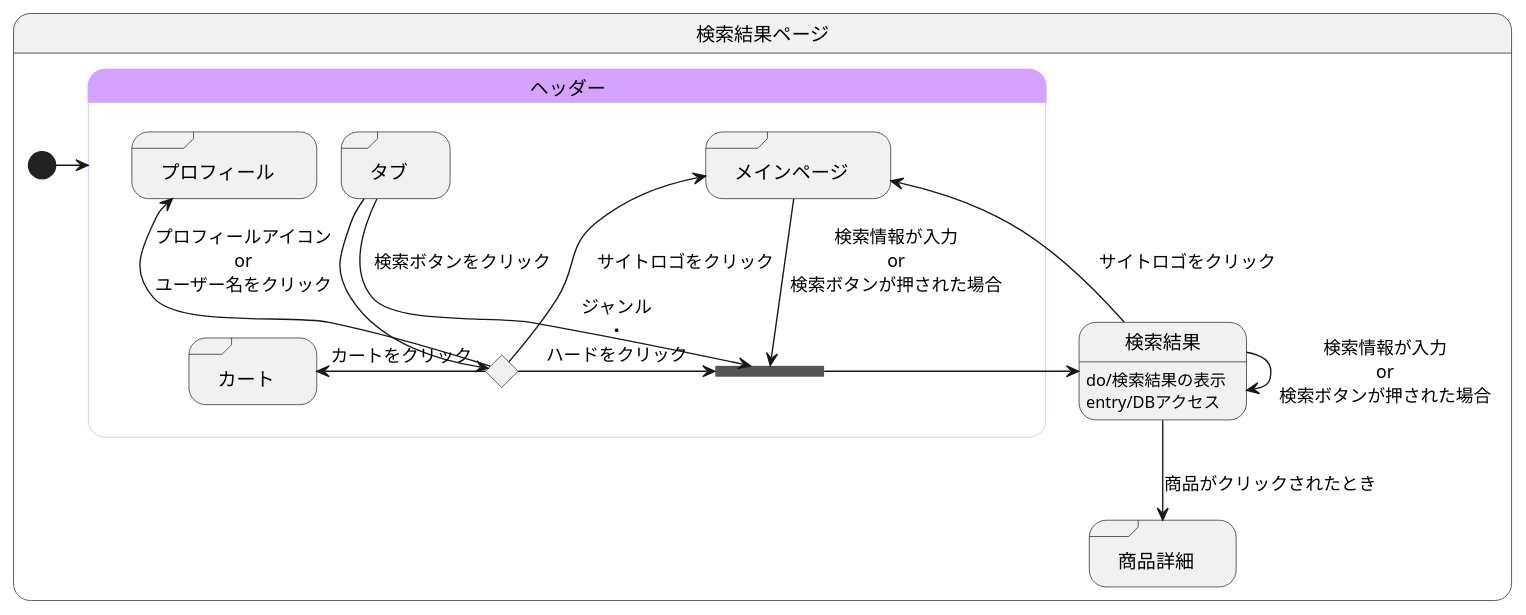
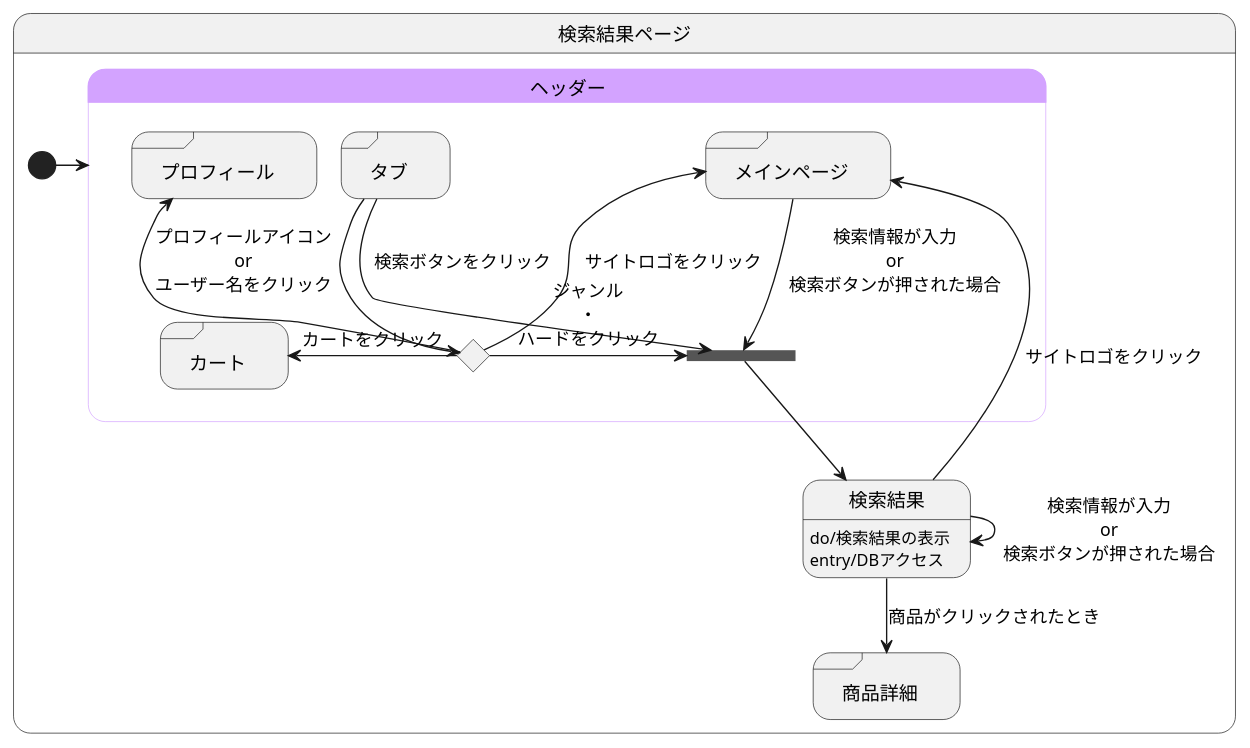
Before and after one commit to akutori/T-D-E: the diagram in 検索結果.md, drawn with PlantUML.

````diff
--- a/検索結果.md
+++ b/検索結果.md
@@ -1,45 +1,45 @@
 ```uml
 @startuml
 state 検索結果ページ{
 
 
     state 検索結果:do/検索結果の表示
     state 検索結果:entry/DBアクセス
     state "商品詳細" as goodsdetail <<sdlreceive>>
     
 
 
     [*] -> ヘッダー
     
     検索結果 --> goodsdetail :商品がクリックされたとき
     検索結果 --> 検索結果 :検索情報が入力\nor\n検索ボタンが押された場合
     
 
     state ヘッダー<<headder>>{
         state join_header <<join>>
         state ifinput <<choice>>
         state "タブ" as tab <<sdlreceive>>
         state "カート" as cart <<sdlreceive>>
         state "プロフィール" as profile <<sdlreceive>>
         state "メインページ" as mainpage <<sdlreceive>>
 
         tab --> join_header :検索ボタンをクリック
 
         tab --> ifinput 
         ifinput -left-> cart :カートをクリック
         ifinput -up-> profile :プロフィールアイコン\nor\nユーザー名をクリック
         ifinput -left-> mainpage :サイトロゴをクリック
         ifinput -> join_header :ジャンル\n・\nハードをクリック
 
         mainpage --> join_header :検索情報が入力\nor\n検索ボタンが押された場合
-        検索結果 --> mainpage :サイトロゴをクリック
-        join_header -> 検索結果
+        検索結果 -up-> mainpage :サイトロゴをクリック
+        join_header --> 検索結果
     }
 
     skinparam stateBorderColor<<headder>> #d3a3ff
     state ヘッダー #d3a3ff
 
 }
 
 @enduml
 ```
````
